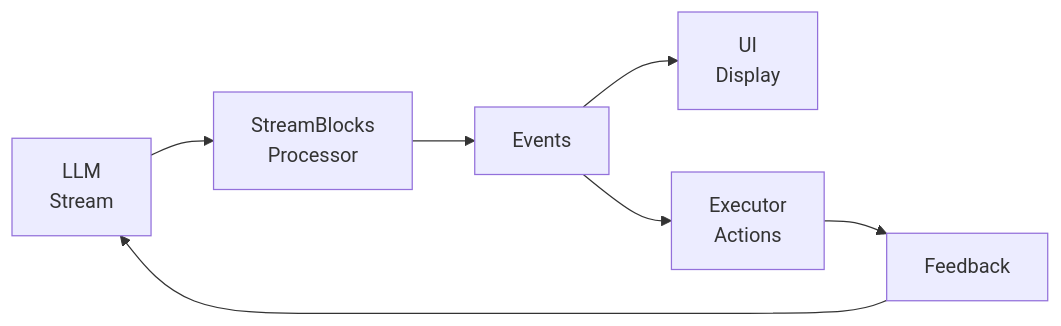
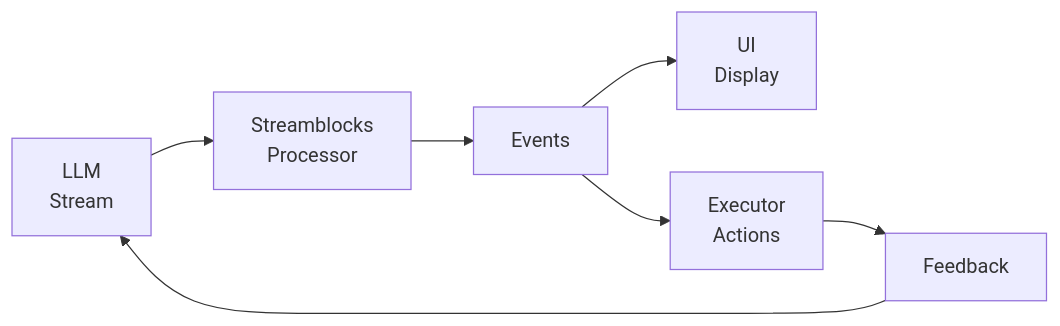
Before and after one commit to hotherio/streamblocks: the sixth of 6 diagrams in docs/BLOCK_DEFINITION.md, drawn with Mermaid. The commit also changed other lines of this file and 29 other files, not shown here.

Commit message:
docs: rename StreamBlocks to Streamblocks across all documentation

````diff
--- a/docs/BLOCK_DEFINITION.md
+++ b/docs/BLOCK_DEFINITION.md
@@ -170,9 +170,9 @@
 ```mermaid
 flowchart LR
-    LLM[LLM<br/>Stream] --> SB[StreamBlocks<br/>Processor]
+    LLM[LLM<br/>Stream] --> SB[Streamblocks<br/>Processor]
     SB --> Events[Events]
     Events --> UI[UI<br/>Display]
     Events --> Exec[Executor<br/>Actions]
     Exec --> Feedback[Feedback]
     Feedback --> LLM
 ```
````
